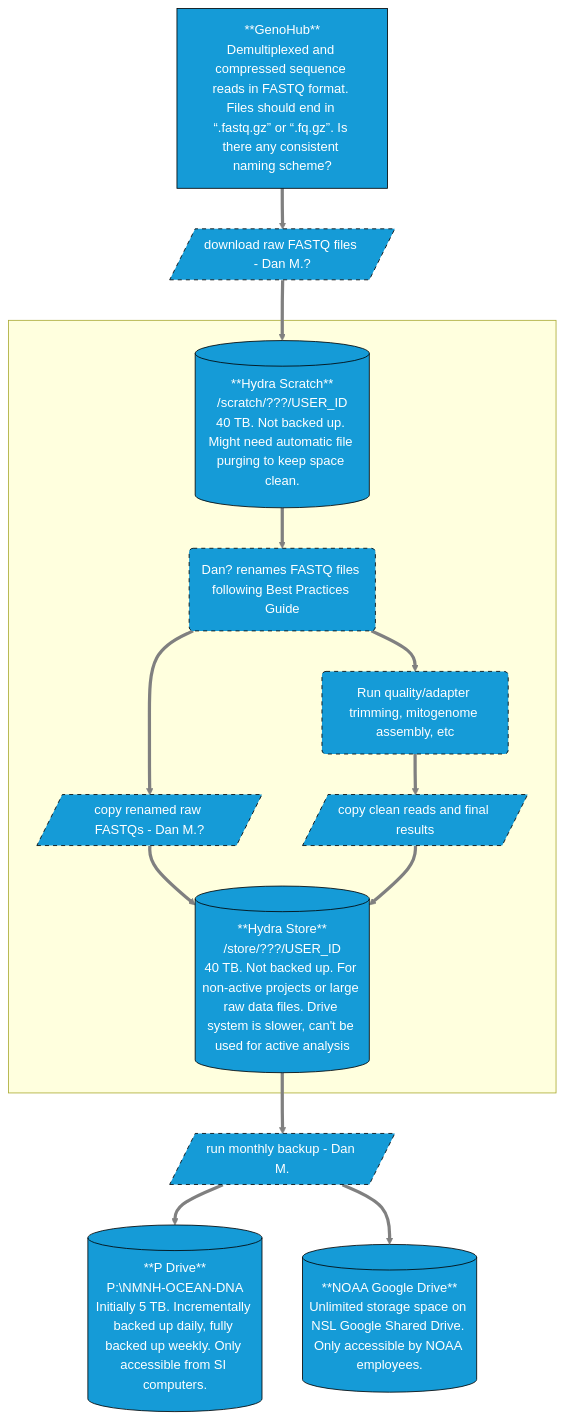
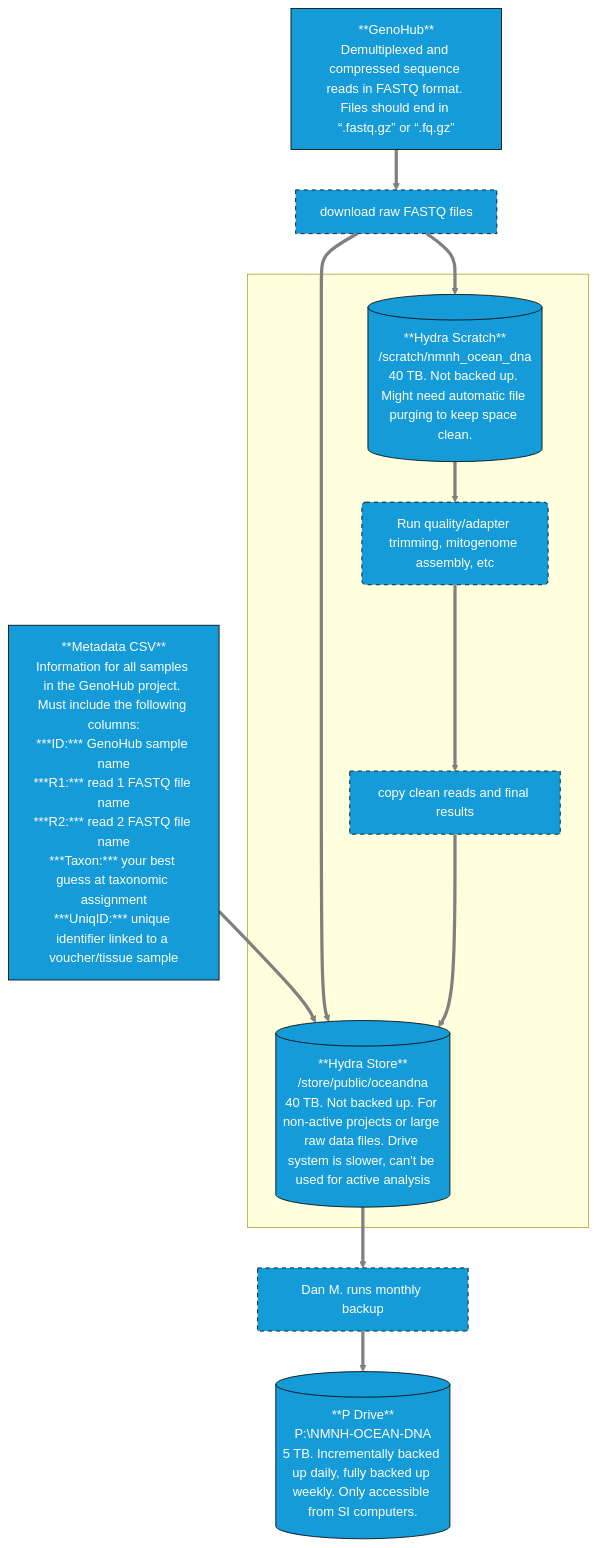
One commit to Smithsonian/NMNH-Ocean-DNA changed the diagram in qmd/datamanagement.qmd. Above: the diagram before and after it, drawn with Mermaid. The commit also changed other lines of this file and 11 other files, not shown here.

````diff
--- a/qmd/datamanagement.qmd
+++ b/qmd/datamanagement.qmd
@@ -3,51 +9,52 @@
 ```{mermaid}
 graph TD;
 
   GenoHub[**GenoHub**
-Demultiplexed and compressed sequence reads in FASTQ format. Files should end in “.fastq.gz” or “.fq.gz”. Is there any consistent naming scheme?]
+Demultiplexed and compressed sequence reads in FASTQ format. Files should end in “.fastq.gz” or “.fq.gz”]
+  Metadata[**Metadata CSV**
+Information for all samples in the GenoHub project. Must include the following columns:
+***ID:*** GenoHub sample name
+***R1:*** read 1 FASTQ file name
+***R2:*** read 2 FASTQ file name
+***Taxon:*** your best guess at taxonomic assignment
+***UniqID:*** unique identifier linked to a voucher/tissue sample
+  ]
   Analyses(Run quality/adapter trimming, mitogenome assembly, etc)
   Scratch[(**Hydra Scratch**
-/scratch/???/USER_ID
+/scratch/nmnh_ocean_dna
 40 TB. Not backed up. Might need automatic file purging to keep space clean.)]
   Store[(**Hydra Store**
-/store/???/USER_ID
+/store/public/oceandna
 40 TB. Not backed up. For non-active projects or large raw data files. Drive system is slower, can't be used for active analysis)]
-  XDrive[(**P Drive**
+  PDrive[(**P Drive**
 P:&bsol;NMNH-OCEAN-DNA
-Initially 5 TB. Incrementally backed up daily, fully backed up weekly. Only accessible from SI computers.)]
-  GDrive[(**NOAA Google Drive**
-Unlimited storage space on NSL Google Shared Drive. Only accessible by NOAA employees.)]
+5 TB. Incrementally backed up daily, fully backed up weekly. Only accessible from SI computers.)]
   
-  Rename("`Dan? renames FASTQ files following Best Practices Guide`")
+  Move1[download raw FASTQ files]  
+  Move3[copy clean reads and final results]
+  Move4[Dan M. runs monthly backup]
 
-  Move1[/download raw FASTQ files - Dan M.?/]
-  Move2[/copy renamed raw FASTQs - Dan M.?/]
-  Move3[/copy clean reads and final results/]
-  Move4[/run monthly backup - Dan M./]
-
+  Metadata-->Store
   GenoHub-->Move1
+  Move1-->Store
   Move1-->Scratch
   subgraph " "
-    Scratch-->Rename
-    Rename-->Analyses
-    Rename-->Move2
-    Move2-->Store
+    Scratch-->Analyses
     Analyses-->Move3
     Move3-->Store
   end
   Store-->Move4
-  Move4-->XDrive
-  Move4-->GDrive
+  Move4-->PDrive
 
   classDef process stroke:black,color:white,fill:#159BD7,stroke-dasharray: 5 5
   classDef storage stroke:black,color:white,fill:#159BD7
   classDef ccr stroke:black,color:white,fill:#159BD7
 
   class Rename,Analyses,Move1,Move2,Move3,Move4 process
-  class GenoHub,Scratch,Store,XDrive,GDrive storage
+  class Metadata,GenoHub,Scratch,Store,PDrive storage
 
   click Rename "bestpractices.html"
 
   linkStyle default stroke:grey, stroke-width:4px
 
 ```
````
